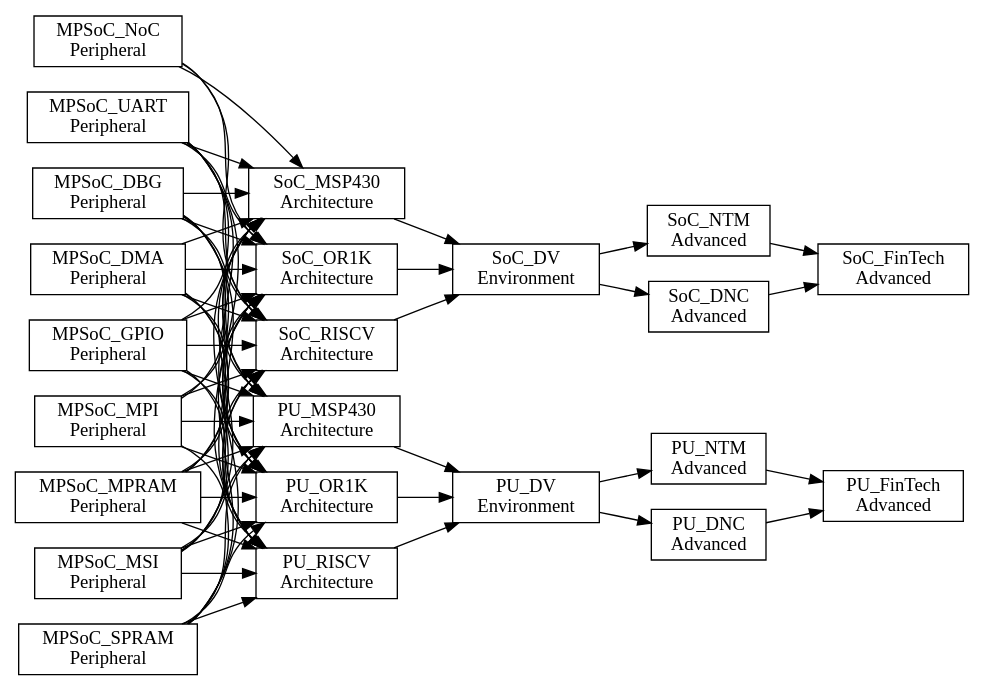
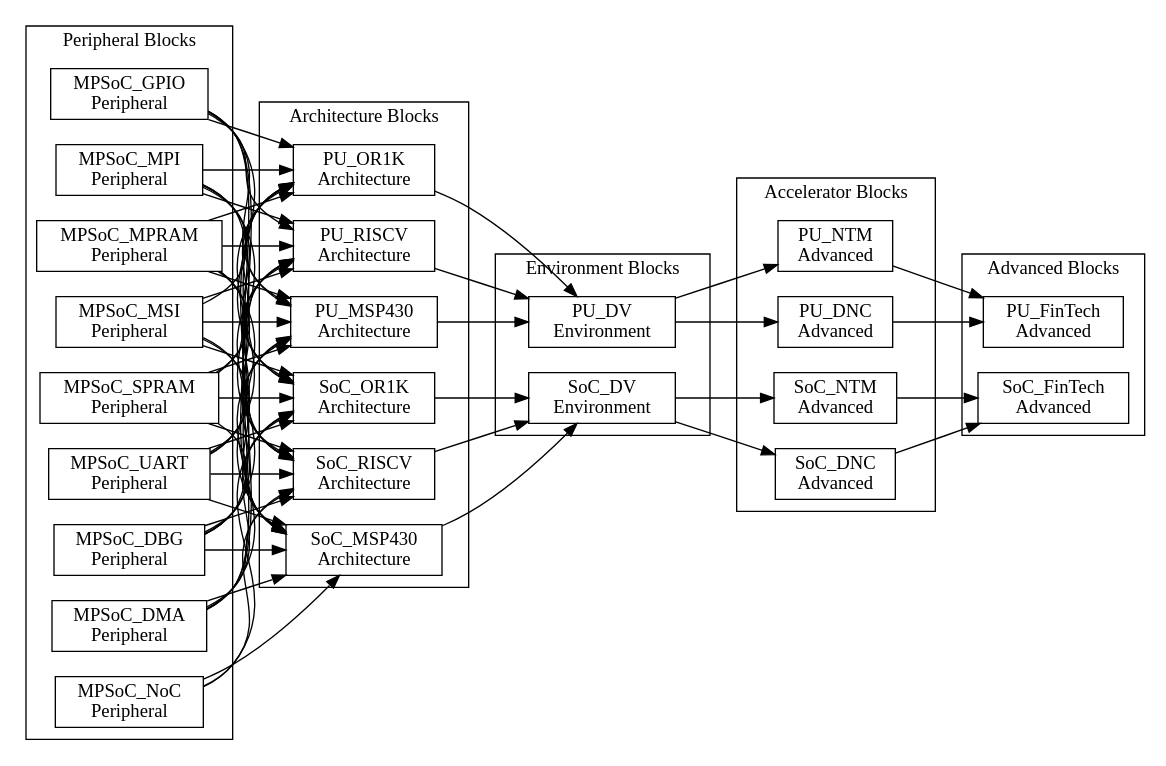
Before and after one commit to PacoReinaCampo/SoC-RTOS: the diagram in doc/traditional/assets/chapter6/dependences-soc-fintech.dot, drawn with Graphviz. The commit also changed 1048 other files, not shown here.

```diff
--- a/doc/traditional/assets/chapter6/dependences-soc-fintech.dot
+++ b/doc/traditional/assets/chapter6/dependences-soc-fintech.dot
@@ -1,122 +1,132 @@
 digraph Project {
   // Introduction
   graph [rankdir = LR];
   node[shape=record];
 
   // Peripheral Blocks
-  MPSoC_DBG[label="MPSoC_DBG \nPeripheral"];
-  MPSoC_DMA[label="MPSoC_DMA \nPeripheral"];
-  MPSoC_GPIO[label="MPSoC_GPIO \nPeripheral"];
-  MPSoC_MPI[label="MPSoC_MPI \nPeripheral"];
-  MPSoC_MPRAM[label="MPSoC_MPRAM \nPeripheral"];
-  MPSoC_MSI[label="MPSoC_MSI \nPeripheral"];
-  MPSoC_NoC[label="MPSoC_NoC \nPeripheral"];
-  MPSoC_SPRAM[label="MPSoC_SPRAM \nPeripheral"];
-  MPSoC_UART[label="MPSoC_UART \nPeripheral"];
+  subgraph "cluster PeripheralBlocks" { label = "Peripheral Blocks";
+    MPSoC_DBG[label="MPSoC_DBG \nPeripheral"];
+    MPSoC_DMA[label="MPSoC_DMA \nPeripheral"];
+    MPSoC_GPIO[label="MPSoC_GPIO \nPeripheral"];
+    MPSoC_MPI[label="MPSoC_MPI \nPeripheral"];
+    MPSoC_MPRAM[label="MPSoC_MPRAM \nPeripheral"];
+    MPSoC_MSI[label="MPSoC_MSI \nPeripheral"];
+    MPSoC_NoC[label="MPSoC_NoC \nPeripheral"];
+    MPSoC_SPRAM[label="MPSoC_SPRAM \nPeripheral"];
+    MPSoC_UART[label="MPSoC_UART \nPeripheral"];
+  }
 
   // Architecture Blocks
-  SoC_MSP430[label="SoC_MSP430 \nArchitecture"];
-  SoC_OR1K[label="SoC_OR1K \nArchitecture"];
-  SoC_RISCV[label="SoC_RISCV \nArchitecture"];
-  PU_MSP430[label="PU_MSP430 \nArchitecture"];
-  PU_OR1K[label="PU_OR1K \nArchitecture"];
-  PU_RISCV[label="PU_RISCV \nArchitecture"];
+  subgraph "cluster ArchitectureBlocks" { label = "Architecture Blocks";
+    SoC_MSP430[label="SoC_MSP430 \nArchitecture"];
+    SoC_OR1K[label="SoC_OR1K \nArchitecture"];
+    SoC_RISCV[label="SoC_RISCV \nArchitecture"];
+    PU_MSP430[label="PU_MSP430 \nArchitecture"];
+    PU_OR1K[label="PU_OR1K \nArchitecture"];
+    PU_RISCV[label="PU_RISCV \nArchitecture"];
+  }
 
   // Environment Blocks
-  SoC_DV[label="SoC_DV \nEnvironment"];
-  PU_DV[label="PU_DV \nEnvironment"];
+  subgraph "cluster EnvironmentBlocks" { label = "Environment Blocks";
+    SoC_DV[label="SoC_DV \nEnvironment"];
+    PU_DV[label="PU_DV \nEnvironment"];
+  }
 
   // Accelerator Blocks
-  SoC_NTM[label="SoC_NTM \nAdvanced"];
-  PU_NTM[label="PU_NTM \nAdvanced"];
+  subgraph "cluster AcceleratorBlocks" { label = "Accelerator Blocks";
+    SoC_NTM[label="SoC_NTM \nAdvanced"];
+    PU_NTM[label="PU_NTM \nAdvanced"];
 
-  SoC_DNC[label="SoC_DNC \nAdvanced"];
-  PU_DNC[label="PU_DNC \nAdvanced"];
+    SoC_DNC[label="SoC_DNC \nAdvanced"];
+    PU_DNC[label="PU_DNC \nAdvanced"];
+  }
 
   // Advanced Blocks
-  SoC_FinTech[label="SoC_FinTech \nAdvanced"];
-  PU_FinTech[label="PU_FinTech \nAdvanced"];
+  subgraph "cluster AdvancedBlocks" { label = "Advanced Blocks";
+    SoC_FinTech[label="SoC_FinTech \nAdvanced"];
+    PU_FinTech[label="PU_FinTech \nAdvanced"];
+  }
 
   // Peripheral -> Architecture
   MPSoC_DBG -> SoC_MSP430;
   MPSoC_DMA -> SoC_MSP430;
   MPSoC_GPIO -> SoC_MSP430;
   MPSoC_MPI -> SoC_MSP430;
   MPSoC_MPRAM -> SoC_MSP430;
   MPSoC_MSI -> SoC_MSP430;
   MPSoC_NoC -> SoC_MSP430;
   MPSoC_SPRAM -> SoC_MSP430;
   MPSoC_UART -> SoC_MSP430;
 
   MPSoC_DBG -> PU_MSP430;
   MPSoC_DMA -> PU_MSP430;
   MPSoC_GPIO -> PU_MSP430;
   MPSoC_MPI -> PU_MSP430;
   MPSoC_MPRAM -> PU_MSP430;
   MPSoC_MSI -> PU_MSP430;
   MPSoC_SPRAM -> PU_MSP430;
   MPSoC_UART -> PU_MSP430;
 
 
   MPSoC_DBG -> SoC_OR1K;
   MPSoC_DMA -> SoC_OR1K;
   MPSoC_GPIO -> SoC_OR1K;
   MPSoC_MPI -> SoC_OR1K;
   MPSoC_MPRAM -> SoC_OR1K;
   MPSoC_MSI -> SoC_OR1K;
   MPSoC_NoC -> SoC_OR1K;
   MPSoC_SPRAM -> SoC_OR1K;
   MPSoC_UART -> SoC_OR1K;
 
   MPSoC_DBG -> PU_OR1K;
   MPSoC_DMA -> PU_OR1K;
   MPSoC_GPIO -> PU_OR1K;
   MPSoC_MPI -> PU_OR1K;
   MPSoC_MPRAM -> PU_OR1K;
   MPSoC_MSI -> PU_OR1K;
   MPSoC_SPRAM -> PU_OR1K;
   MPSoC_UART -> PU_OR1K;
 
 
   MPSoC_DBG -> SoC_RISCV;
   MPSoC_DMA -> SoC_RISCV;
   MPSoC_GPIO -> SoC_RISCV;
   MPSoC_MPI -> SoC_RISCV;
   MPSoC_MPRAM -> SoC_RISCV;
   MPSoC_MSI -> SoC_RISCV;
   MPSoC_NoC -> SoC_RISCV;
   MPSoC_SPRAM -> SoC_RISCV;
   MPSoC_UART -> SoC_RISCV;
 
   MPSoC_DBG -> PU_RISCV;
   MPSoC_DMA -> PU_RISCV;
   MPSoC_GPIO -> PU_RISCV;
   MPSoC_MPI -> PU_RISCV;
   MPSoC_MPRAM -> PU_RISCV;
   MPSoC_MSI -> PU_RISCV;
   MPSoC_SPRAM -> PU_RISCV;
   MPSoC_UART -> PU_RISCV;
 
   // Architecture -> Environment
   PU_MSP430 -> PU_DV;
   PU_OR1K -> PU_DV;
   PU_RISCV -> PU_DV;
 
   SoC_MSP430 -> SoC_DV;
   SoC_OR1K -> SoC_DV;
   SoC_RISCV -> SoC_DV;
 
   // Environment -> Accelerator
   PU_DV -> PU_NTM;
   PU_DV -> PU_DNC;
 
   SoC_DV -> SoC_NTM;
   SoC_DV -> SoC_DNC;
 
   // Accelerator -> Advanced
   PU_NTM -> PU_FinTech;
   PU_DNC -> PU_FinTech;
 
   SoC_NTM -> SoC_FinTech;
   SoC_DNC -> SoC_FinTech;
 }
```
